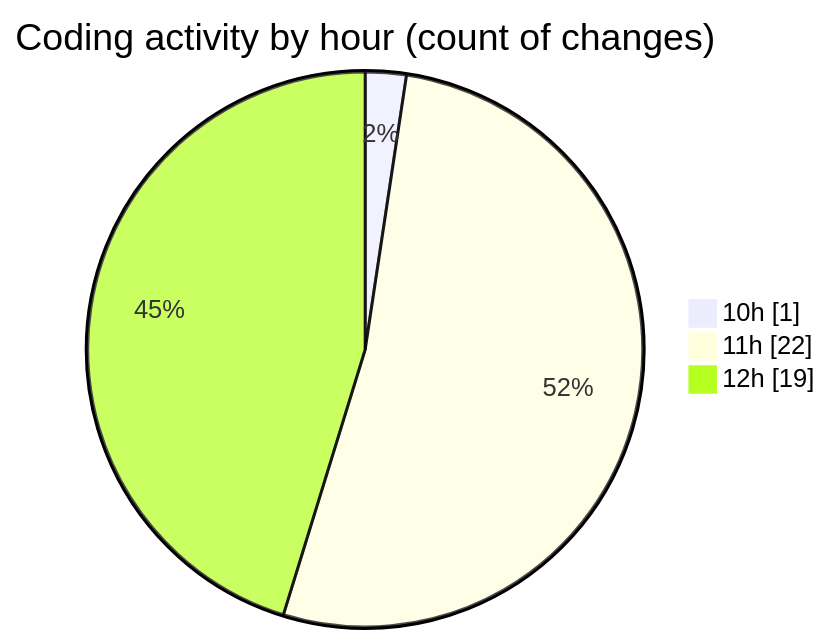
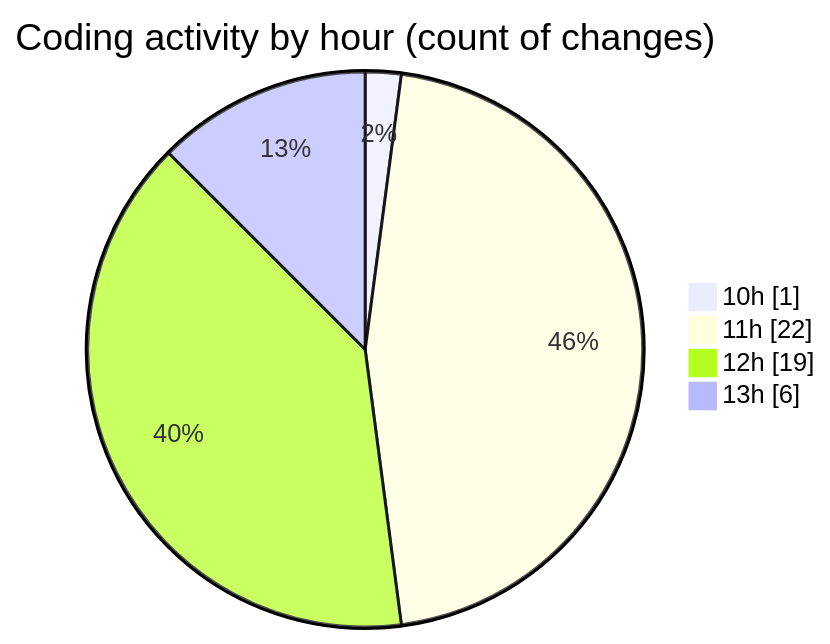
One commit to nxtqubesakshisongat/code-tracking changed the second of 2 diagrams in 2026-03-30/nxtqube_webapp/README.md. Above: the diagram before and after it, drawn with Mermaid. The commit also changed other lines of this file and 1 other file, not shown here.

````diff
--- a/2026-03-30/nxtqube_webapp/README.md
+++ b/2026-03-30/nxtqube_webapp/README.md
@@ -30,7 +34,8 @@
 ```mermaid
 pie showData
 title Coding activity by hour (count of changes)
 "10h" : 1
 "11h" : 22
 "12h" : 19
+"13h" : 6
 ```
````
